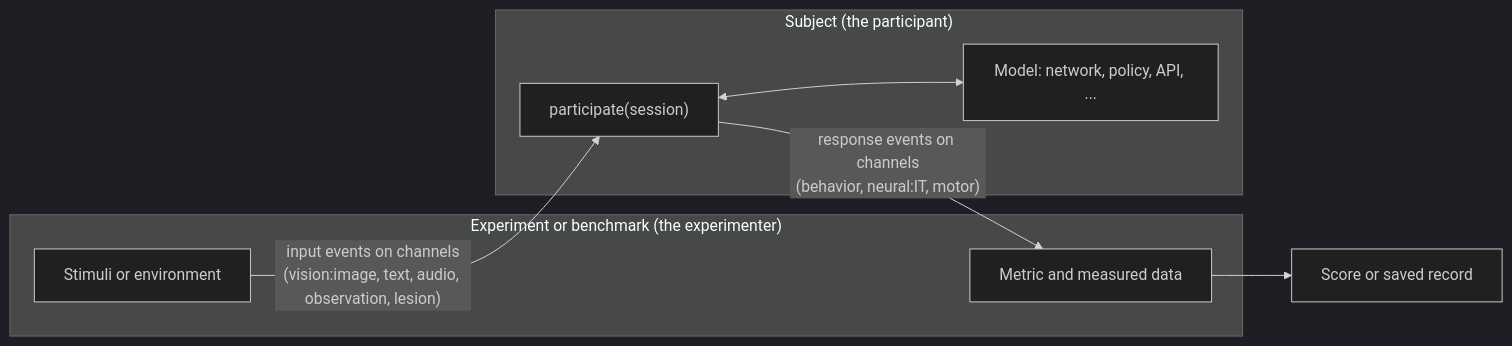
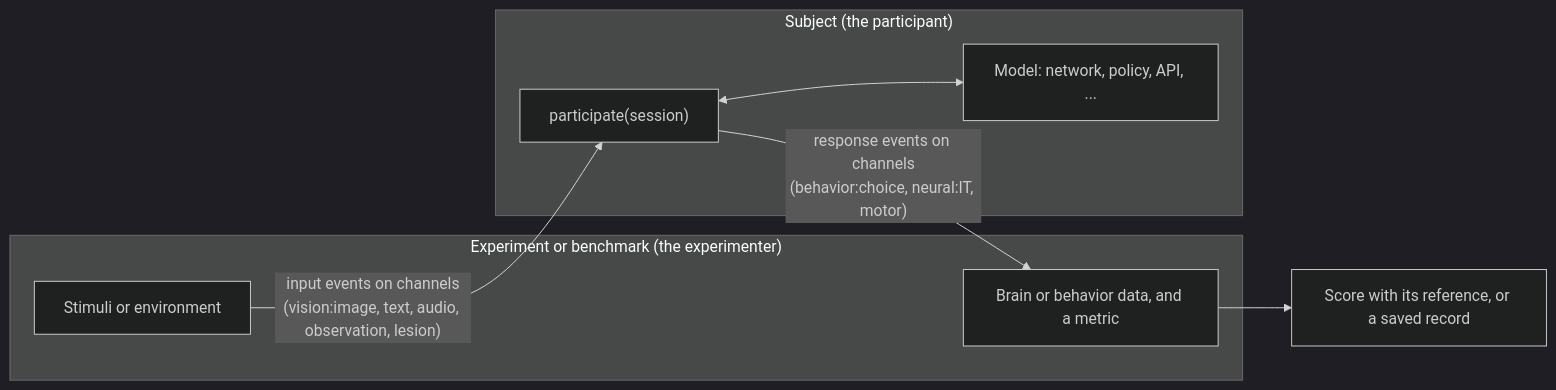
The diagram in docs/01_what_is_umi.md (KartikP/brainscore-unified), drawn with Mermaid (dark theme) before and after one commit. The commit also changed other lines of this file and 2 other files, not shown here.

First line of the commit message:
docs: put the experiment and its data first on the What UMI is page

````diff
--- a/docs/01_what_is_umi.md
+++ b/docs/01_what_is_umi.md
@@ -13,15 +22,15 @@
 ```mermaid
 flowchart LR
     subgraph Experiment["Experiment or benchmark (the experimenter)"]
         S[Stimuli or environment]
-        M[Metric and measured data]
+        M[Brain or behavior data, and a metric]
     end
     subgraph Subj["Subject (the participant)"]
         P["participate(session)"]
         MOD[Model: network, policy, API, ...]
     end
     S -- "input events on channels<br/>(vision:image, text, audio, observation, lesion)" --> P
     P <--> MOD
-    P -- "response events on channels<br/>(behavior, neural:IT, motor)" --> M
-    M --> SC[Score or saved record]
+    P -- "response events on channels<br/>(behavior:choice, neural:IT, motor)" --> M
+    M --> SC[Score with its reference, or a saved record]
 ```
````
